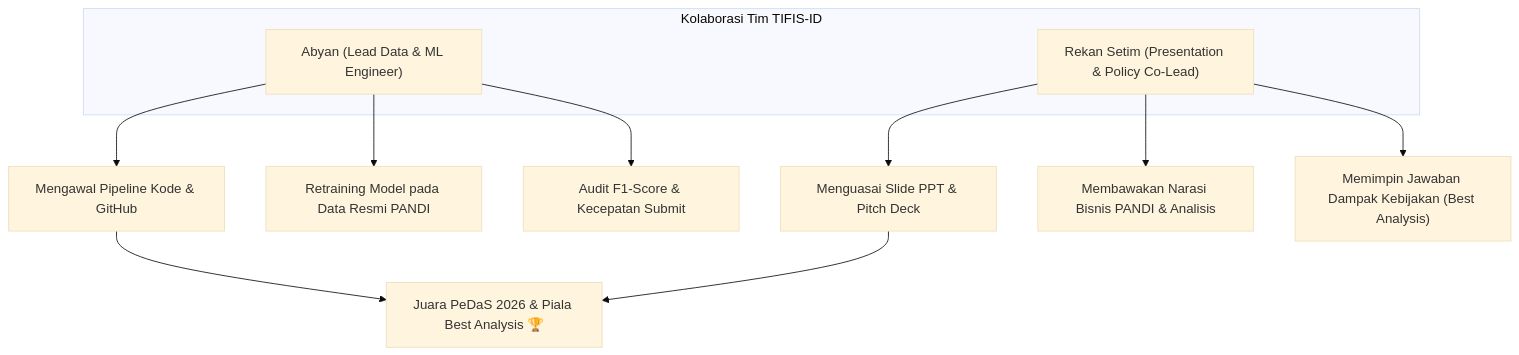
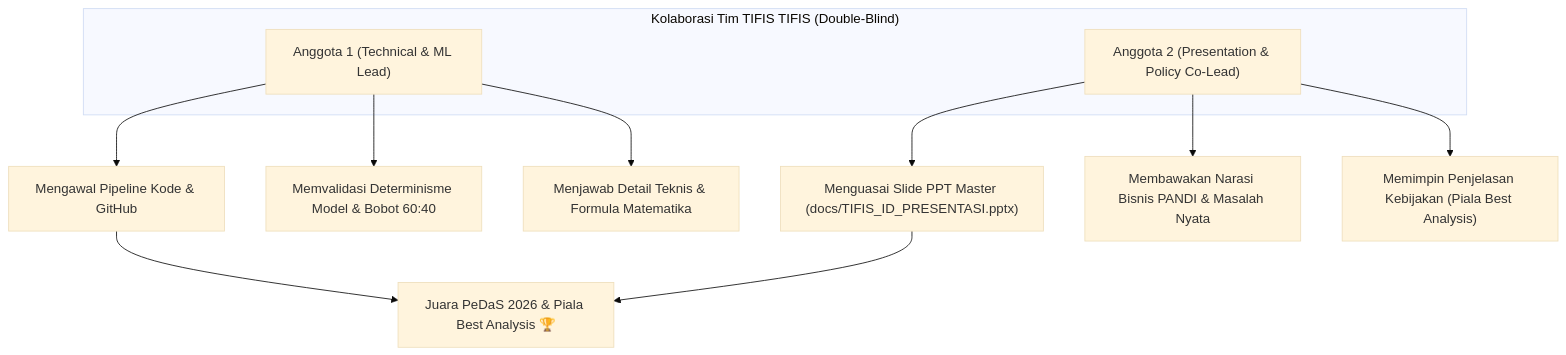
Before and after one commit to caerdfasgrae/PEDAS-2026: the diagram in docs/BRIEFING_LOMBA_DAN_TIM.md, drawn with Mermaid (base theme). The commit also changed other lines of this file and 4 other files, not shown here.

````diff
--- a/docs/BRIEFING_LOMBA_DAN_TIM.md
+++ b/docs/BRIEFING_LOMBA_DAN_TIM.md
@@ -141,17 +134,17 @@
 ```mermaid
 flowchart TD
-    subgraph Tim ["Kolaborasi Tim TIFIS-ID"]
-        A["Abyan (Lead Data & ML Engineer)"]
-        B["Rekan Setim (Presentation & Policy Co-Lead)"]
+    subgraph Tim ["Kolaborasi Tim TIFIS TIFIS (Double-Blind)"]
+        A["Anggota 1 (Technical & ML Lead)"]
+        B["Anggota 2 (Presentation & Policy Co-Lead)"]
     end
     
     A --> A1["Mengawal Pipeline Kode & GitHub"]
-    A --> A2["Retraining Model pada Data Resmi PANDI"]
-    A --> A3["Audit F1-Score & Kecepatan Submit"]
+    A --> A2["Memvalidasi Determinisme Model & Bobot 60:40"]
+    A --> A3["Menjawab Detail Teknis & Formula Matematika"]
     
-    B --> B1["Menguasai Slide PPT & Pitch Deck"]
-    B --> B2["Membawakan Narasi Bisnis PANDI & Analisis"]
-    B --> B3["Memimpin Jawaban Dampak Kebijakan (Best Analysis)"]
+    B --> B1["Menguasai Slide PPT Master (docs/TIFIS_ID_PRESENTASI.pptx)"]
+    B --> B2["Membawakan Narasi Bisnis PANDI & Masalah Nyata"]
+    B --> B3["Memimpin Penjelasan Kebijakan (Piala Best Analysis)"]
     
     A1 & B1 --> C["Juara PeDaS 2026 & Piala Best Analysis 🏆"]
 ```
````
